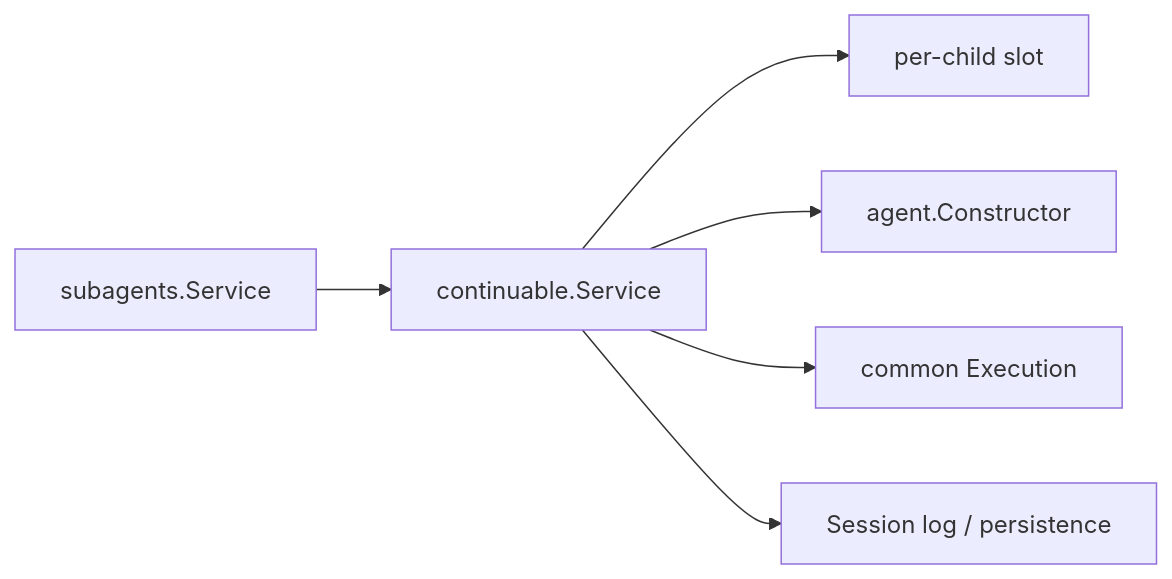
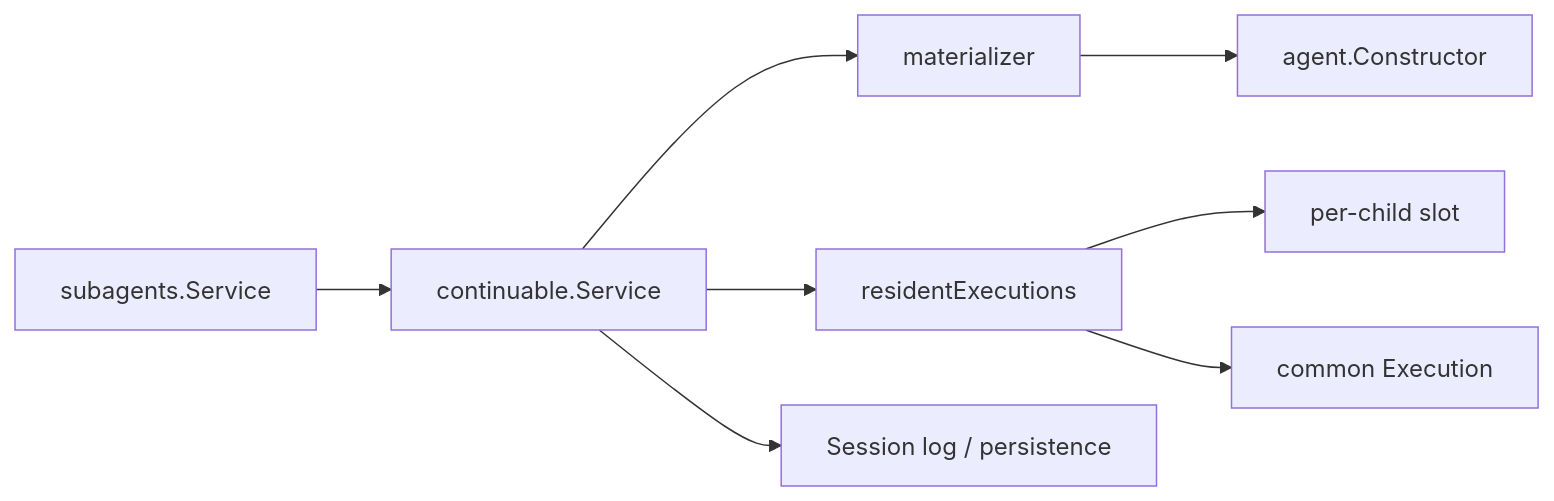
Before and after one commit to gorenx/goren: the diagram in subagent/internal/continuable/README.zh-CN.md, drawn with Mermaid. The commit also changed other lines of this file and 5 other files, not shown here.

````diff
--- a/subagent/internal/continuable/README.zh-CN.md
+++ b/subagent/internal/continuable/README.zh-CN.md
@@ -5,8 +5,10 @@
 ```mermaid
 flowchart LR
     Service[subagents.Service] --> Continue[continuable.Service]
-    Continue --> Slot[per-child slot]
-    Continue --> Constructor[agent.Constructor]
-    Continue --> Execution[common Execution]
+    Continue --> Materializer[materializer]
+    Continue --> Residents[residentExecutions]
+    Materializer --> Constructor[agent.Constructor]
+    Residents --> Slot[per-child slot]
+    Residents --> Execution[common Execution]
     Continue --> Session[Session log / persistence]
 ```
````
